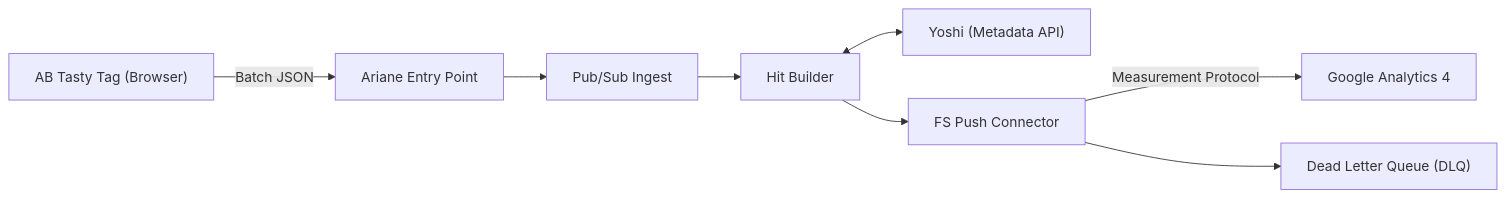
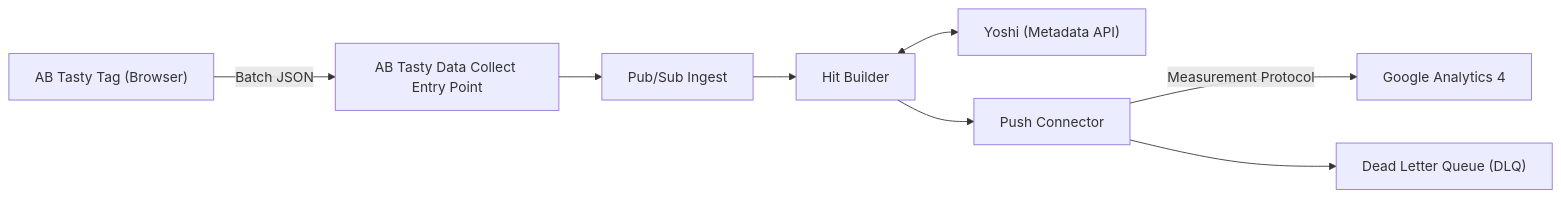
One commit to valoudefou/abtasty-ga4-server-to-server changed the diagram in README.md. Above: the diagram before and after it, drawn with Mermaid.

````diff
--- a/README.md
+++ b/README.md
@@ -9,16 +9,16 @@
 ```mermaid
 flowchart LR
     A["AB Tasty Tag (Browser)"]
-    B["Ariane Entry Point"]
+    B["AB Tasty Data Collect Entry Point"]
     C["Pub/Sub Ingest"]
     D["Hit Builder"]
     E["Yoshi (Metadata API)"]
-    F["FS Push Connector"]
+    F["Push Connector"]
     G["Google Analytics 4"]
     H["Dead Letter Queue (DLQ)"]
 
     A -->|Batch JSON| B --> C --> D
     D <--> E
     D --> F -->|Measurement Protocol| G
     F --> H
 ```
````
